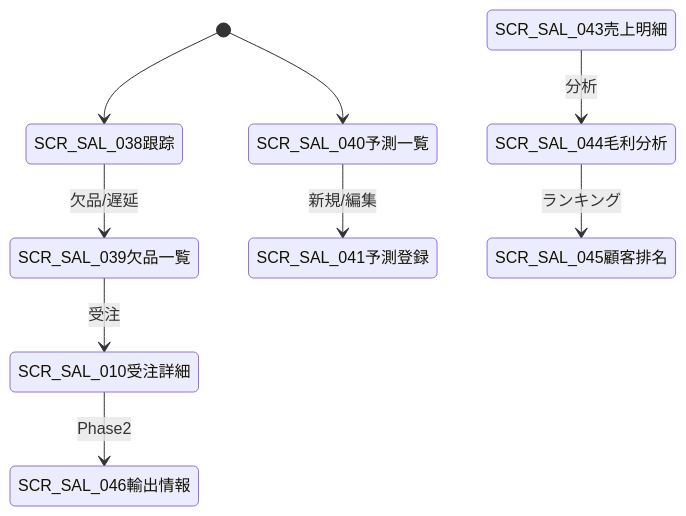
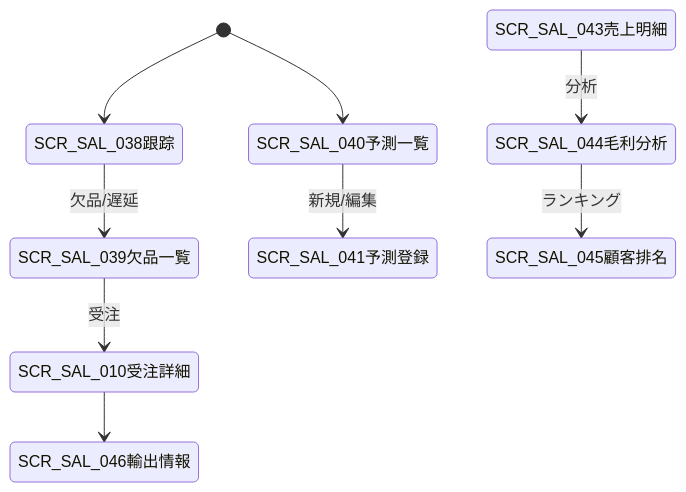
One commit to Akarin7784/stellar-erp changed the second of 2 diagrams in docs/design/03-sales/07-tracking-reports.md. Above: the diagram before and after it, drawn with Mermaid. The commit also changed other lines of this file and 13 other files, not shown here.

````diff
--- a/docs/design/03-sales/07-tracking-reports.md
+++ b/docs/design/03-sales/07-tracking-reports.md
@@ -133,11 +133,11 @@
 ```mermaid
 stateDiagram-v2
     [*] --> SCR_SAL_038跟踪
     SCR_SAL_038跟踪 --> SCR_SAL_039欠品一覧: 欠品/遅延
     SCR_SAL_039欠品一覧 --> SCR_SAL_010受注詳細: 受注
     SCR_SAL_043売上明細 --> SCR_SAL_044毛利分析: 分析
     SCR_SAL_044毛利分析 --> SCR_SAL_045顧客排名: ランキング
     [*] --> SCR_SAL_040予測一覧
     SCR_SAL_040予測一覧 --> SCR_SAL_041予測登録: 新規/編集
-    SCR_SAL_010受注詳細 --> SCR_SAL_046輸出情報: Phase2
+    SCR_SAL_010受注詳細 --> SCR_SAL_046輸出情報: 
 ```
````
